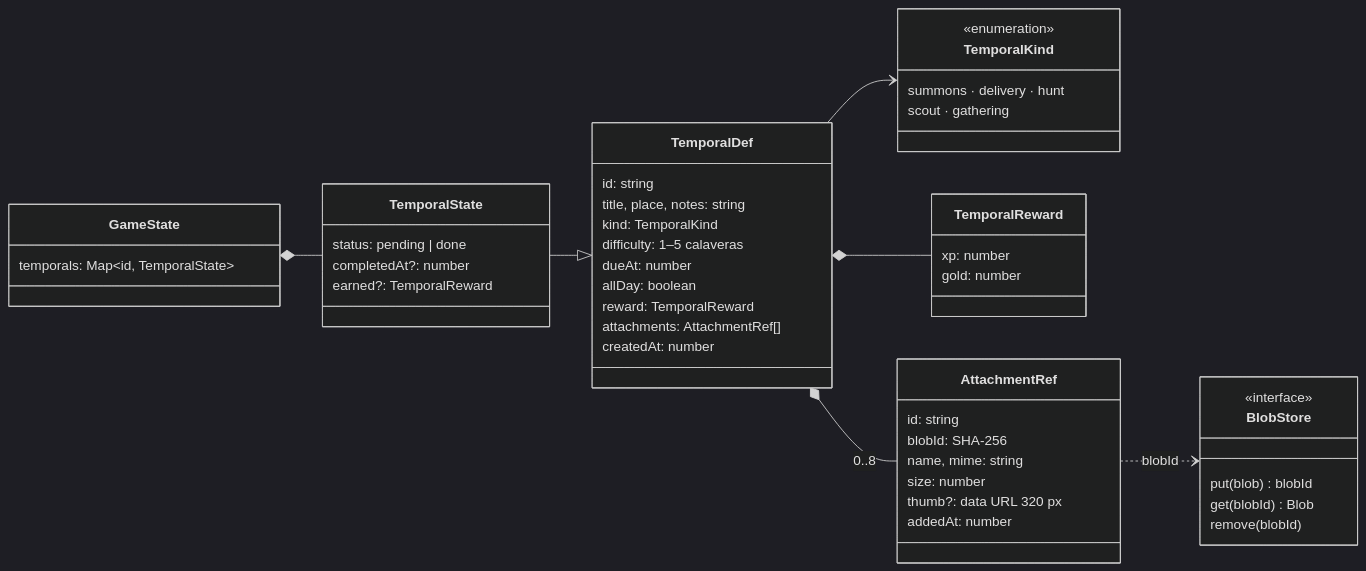
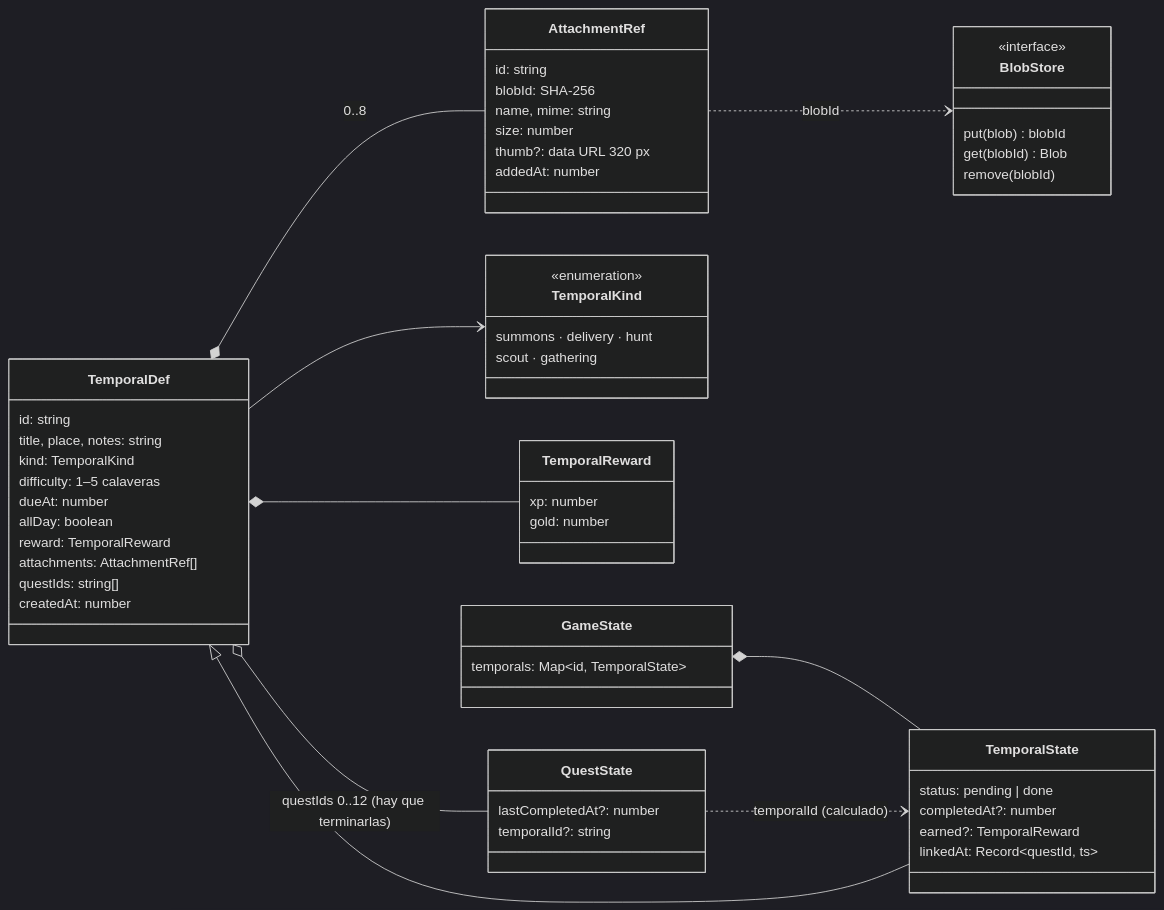
The diagram in src/features/temporal/README.md (Carlos-Requena/Quest_Tareas), drawn with Mermaid (dark theme) before and after one commit. The commit also changed other lines of this file and 8 other files, not shown here.

````diff
--- a/src/features/temporal/README.md
+++ b/src/features/temporal/README.md
@@ -207,52 +254,60 @@
 ```mermaid
 classDiagram
     direction LR
     class TemporalDef {
         id: string
         title, place, notes: string
         kind: TemporalKind
         difficulty: 1–5 calaveras
         dueAt: number
         allDay: boolean
         reward: TemporalReward
         attachments: AttachmentRef[]
+        questIds: string[]
         createdAt: number
     }
     class TemporalState {
         status: pending | done
         completedAt?: number
         earned?: TemporalReward
+        linkedAt: Record~questId, ts~
+    }
+    class QuestState {
+        lastCompletedAt?: number
+        temporalId?: string
     }
     class TemporalKind {
         <<enumeration>>
         summons · delivery · hunt
         scout · gathering
     }
     class TemporalReward {
         xp: number
         gold: number
     }
     class AttachmentRef {
         id: string
         blobId: SHA-256
         name, mime: string
         size: number
         thumb?: data URL 320 px
         addedAt: number
     }
     class BlobStore {
         <<interface>>
         put(blob) blobId
         get(blobId) Blob
         remove(blobId)
     }
     class GameState {
         temporals: Map~id, TemporalState~
     }
     TemporalState --|> TemporalDef
     TemporalDef --> TemporalKind
     TemporalDef *-- TemporalReward
     TemporalDef *-- AttachmentRef : 0..8
     AttachmentRef ..> BlobStore : blobId
     GameState *-- TemporalState
+    TemporalDef o-- QuestState : questIds 0..12 (hay que terminarlas)
+    QuestState ..> TemporalState : temporalId (calculado)
 ```
````
